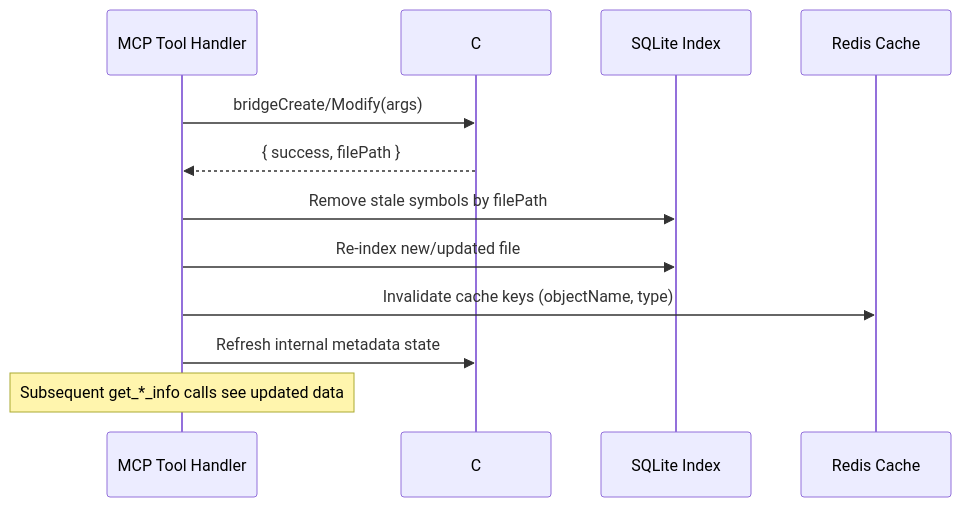
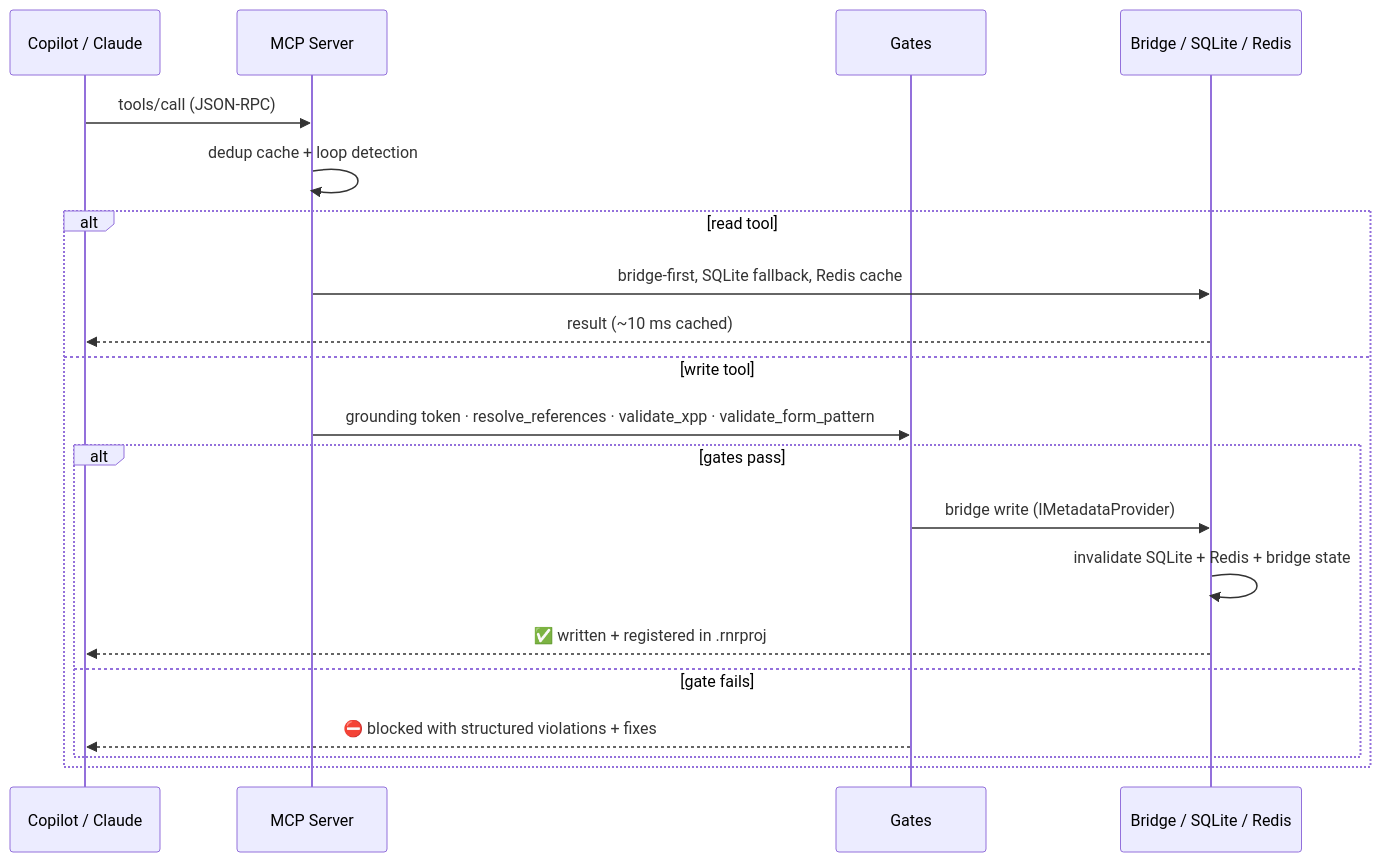
Before and after one commit to laeliand/d365fo-mcp-server: the second of 5 diagrams in docs/ARCHITECTURE.md, drawn with Mermaid. The commit also changed other lines of this file and 12 other files, not shown here.

````diff
--- a/docs/ARCHITECTURE.md
+++ b/docs/ARCHITECTURE.md
@@ -637,16 +56,23 @@
 ```mermaid
 sequenceDiagram
-    participant Tool as MCP Tool Handler
-    participant Bridge as C# Bridge
-    participant SQLite as SQLite Index
-    participant Redis as Redis Cache
+    participant IDE as Copilot / Claude
+    participant SRV as MCP Server
+    participant GATE as Gates
+    participant SRC as Bridge / SQLite / Redis
 
-    Tool->>Bridge: bridgeCreate/Modify(args)
-    Bridge-->>Tool: { success, filePath }
-
-    Tool->>SQLite: Remove stale symbols by filePath
-    Tool->>SQLite: Re-index new/updated file
-    Tool->>Redis: Invalidate cache keys (objectName, type)
-    Tool->>Bridge: Refresh internal metadata state
-    Note over Tool: Subsequent get_*_info calls see updated data
+    IDE->>SRV: tools/call (JSON-RPC)
+    SRV->>SRV: dedup cache + loop detection
+    alt read tool
+        SRV->>SRC: bridge-first, SQLite fallback, Redis cache
+        SRC-->>IDE: result (~10 ms cached)
+    else write tool
+        SRV->>GATE: grounding token · resolve_references · validate_xpp · validate_form_pattern
+        alt gates pass
+            GATE->>SRC: bridge write (IMetadataProvider)
+            SRC->>SRC: invalidate SQLite + Redis + bridge state
+            SRC-->>IDE: ✅ written + registered in .rnrproj
+        else gate fails
+            GATE-->>IDE: ⛔ blocked with structured violations + fixes
+        end
+    end
 ```
````
